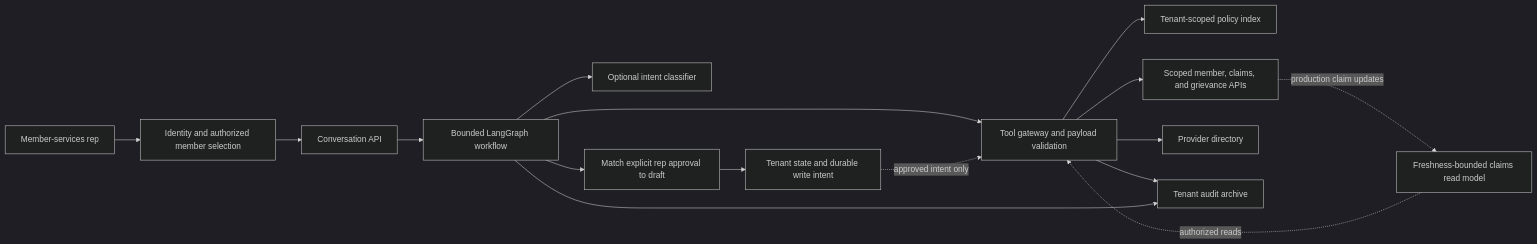
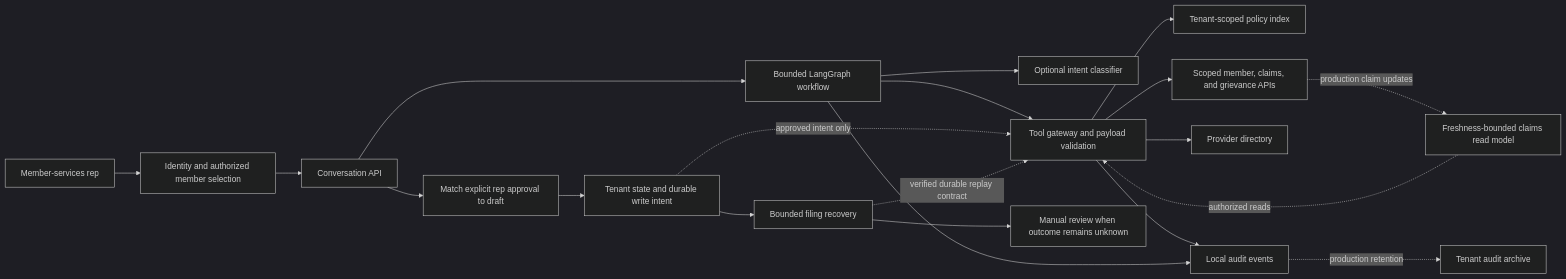
Before and after one commit to pardeeptiwari/governed-healthcare-ai-agent: the diagram in docs/architecture.md, drawn with Mermaid (dark theme). The commit also changed 27 other files, not shown here.

````diff
--- a/docs/architecture.md
+++ b/docs/architecture.md
@@ -3,18 +3,22 @@
 ```mermaid
 flowchart LR
     Rep[Member-services rep] --> Identity[Identity and authorized member selection]
     Identity --> API[Conversation API]
     API --> Graph[Bounded LangGraph workflow]
     Graph --> Model[Optional intent classifier]
     Graph --> Policy[Tool gateway and payload validation]
     Policy --> KB[Tenant-scoped policy index]
     Policy --> APIs[Scoped member, claims, and grievance APIs]
     Policy --> Directory[Provider directory]
     APIs -. production claim updates .-> Projection[Freshness-bounded claims read model]
     Projection -. authorized reads .-> Policy
-    Graph --> Approval[Match explicit rep approval to draft]
+    API --> Approval[Match explicit rep approval to draft]
     Approval --> State[Tenant state and durable write intent]
     State -. approved intent only .-> Policy
-    Policy --> Audit[Tenant audit archive]
+    State --> Recovery[Bounded filing recovery]
+    Recovery -. verified durable replay contract .-> Policy
+    Recovery --> Manual[Manual review when outcome remains unknown]
+    Policy --> Audit[Local audit events]
     Graph --> Audit
+    Audit -. production retention .-> Archive[Tenant audit archive]
 ```
````
